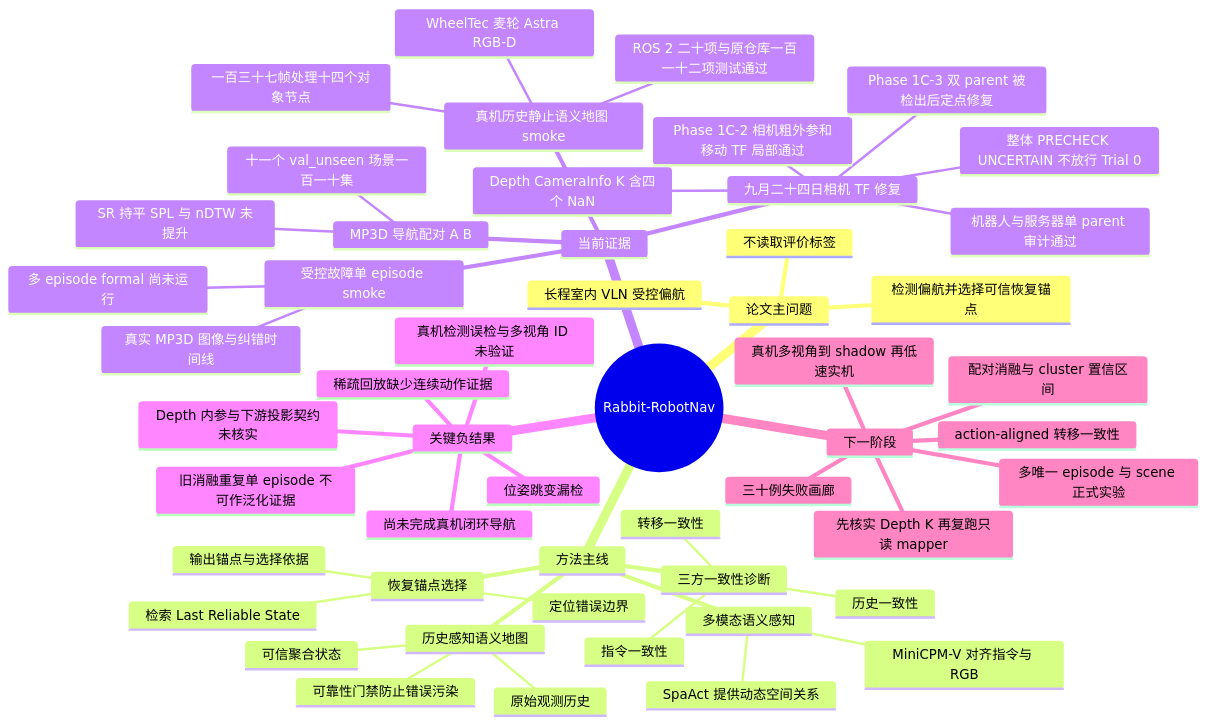
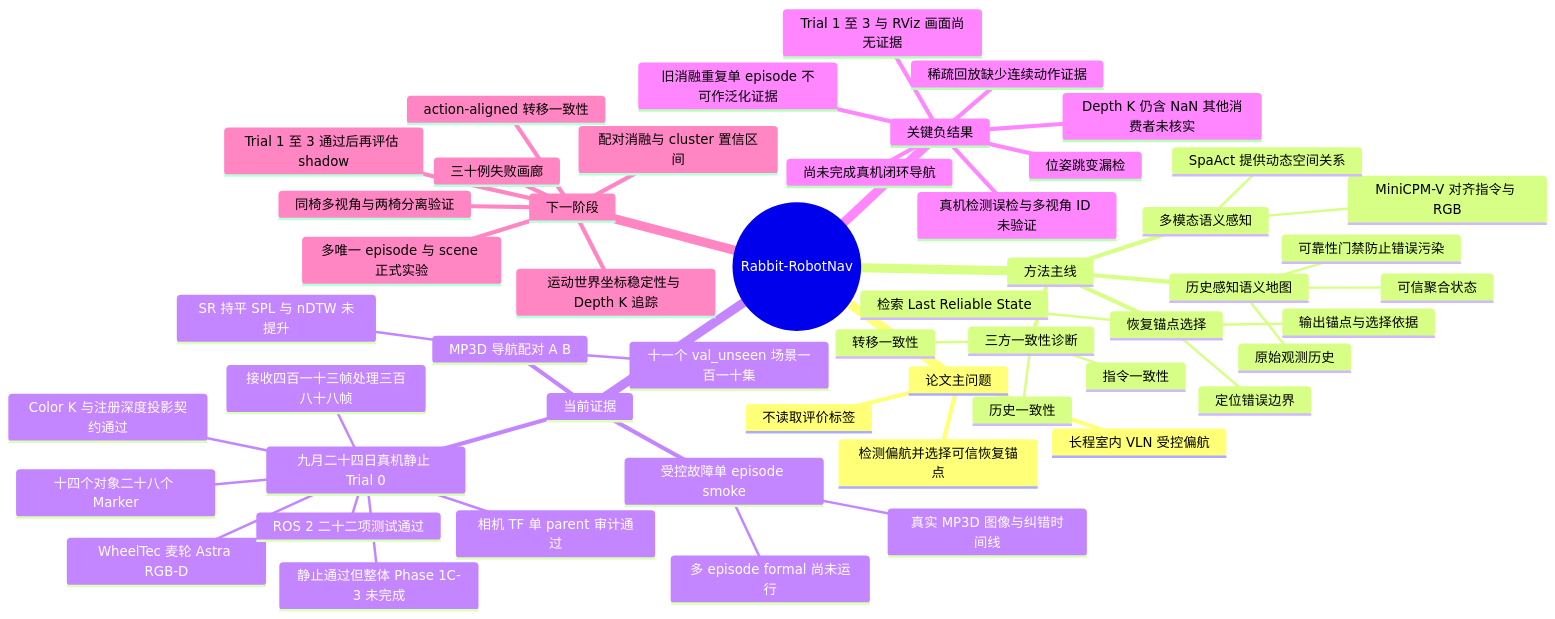
The diagram in RabbitRobotNav/research-mindmap.mmd (lijinghai/lijinghai.github.io), drawn with Mermaid before and after one commit. The commit also changed 15 other files, not shown here.

First line of the commit message:
更新 RabbitRobotNav 网站的静止 Trial 0 证据与真机图片

```diff
--- a/RabbitRobotNav/research-mindmap.mmd
+++ b/RabbitRobotNav/research-mindmap.mmd
@@ -1,53 +1,53 @@
 mindmap
   root((Rabbit-RobotNav))
     论文主问题
       长程室内 VLN 受控偏航
       不读取评价标签
       检测偏航并选择可信恢复锚点
     方法主线
       多模态语义感知
         MiniCPM-V 对齐指令与 RGB
         SpaAct 提供动态空间关系
       历史感知语义地图
         原始观测历史
         可信聚合状态
         可靠性门禁防止错误污染
       三方一致性诊断
         指令一致性
         历史一致性
         转移一致性
       恢复锚点选择
         定位错误边界
         检索 Last Reliable State
         输出锚点与选择依据
     当前证据
       MP3D 导航配对 A B
         十一个 val_unseen 场景一百一十集
         SR 持平 SPL 与 nDTW 未提升
       受控故障单 episode smoke
         真实 MP3D 图像与纠错时间线
         多 episode formal 尚未运行
-      真机历史静止语义地图 smoke
+      九月二十四日真机静止 Trial 0
         WheelTec 麦轮 Astra RGB-D
-        一百三十七帧处理十四个对象节点
-        ROS 2 二十项与原仓库一百一十二项测试通过
-      九月二十四日相机 TF 修复
-        Phase 1C-2 相机粗外参和移动 TF 局部通过
-        Phase 1C-3 双 parent 被检出后定点修复
-        机器人与服务器单 parent 审计通过
-        Depth CameraInfo K 含四个 NaN
-        整体 PRECHECK UNCERTAIN 不放行 Trial 0
+        相机 TF 单 parent 审计通过
+        Color K 与注册深度投影契约通过
+        接收四百一十三帧处理三百八十八帧
+        十四个对象二十八个 Marker
+        ROS 2 二十二项测试通过
+        静止通过但整体 Phase 1C-3 未完成
     关键负结果
       位姿跳变漏检
       稀疏回放缺少连续动作证据
       旧消融重复单 episode 不可作泛化证据
       真机检测误检与多视角 ID 未验证
-      Depth 内参与下游投影契约未核实
+      Depth K 仍含 NaN 其他消费者未核实
+      Trial 1 至 3 与 RViz 画面尚无证据
       尚未完成真机闭环导航
     下一阶段
       多唯一 episode 与 scene 正式实验
       配对消融与 cluster 置信区间
       三十例失败画廊
       action-aligned 转移一致性
-      先核实 Depth K 再复跑只读 mapper
-      真机多视角到 shadow 再低速实机
+      同椅多视角与两椅分离验证
+      运动世界坐标稳定性与 Depth K 追踪
+      Trial 1 至 3 通过后再评估 shadow
```
